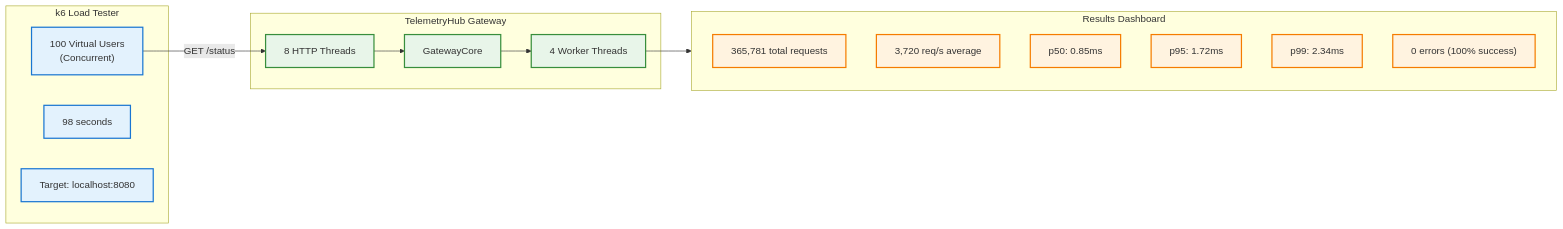
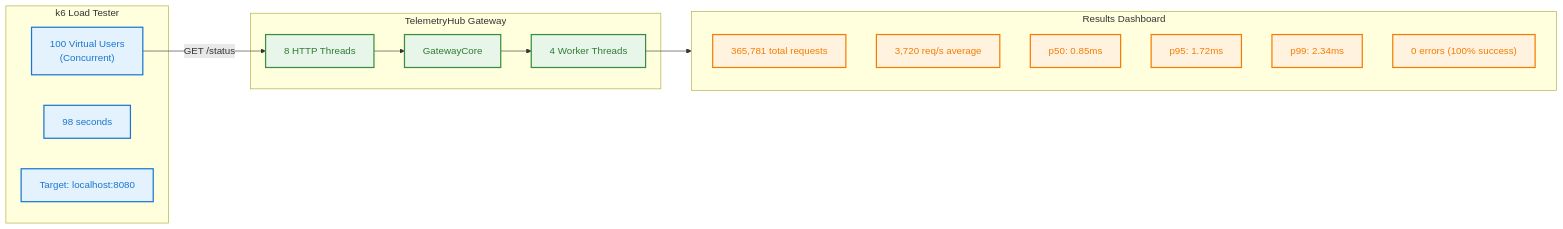
Before and after one commit to amareshkumar/telemetryhub: the ninth of 10 diagrams in docs/MULTITHREADING_ARCHITECTURE_DIAGRAM.md, drawn with Mermaid. The commit also changed other lines of this file and 7 other files, not shown here.

````diff
--- a/docs/MULTITHREADING_ARCHITECTURE_DIAGRAM.md
+++ b/docs/MULTITHREADING_ARCHITECTURE_DIAGRAM.md
@@ -502,36 +502,36 @@
 ```mermaid
 flowchart LR
     subgraph K6["k6 Load Tester"]
         VU["100 Virtual Users<br/>(Concurrent)"]
         Duration["98 seconds"]
         Target["Target: localhost:8080"]
     end
     
     subgraph Gateway["TelemetryHub Gateway"]
         HTTP["8 HTTP Threads"]
         Core["GatewayCore"]
         Pool["4 Worker Threads"]
     end
     
     subgraph Metrics["Results Dashboard"]
         Req["365,781 total requests"]
         RPS["3,720 req/s average"]
         P50["p50: 0.85ms"]
         P95["p95: 1.72ms"]
         P99["p99: 2.34ms"]
         Err["0 errors (100% success)"]
     end
     
     VU -->|"GET /status"| HTTP
     HTTP --> Core
     Core --> Pool
     Pool --> Metrics
     
-    classDef k6Style fill:#e3f2fd,stroke:#1976d2,stroke-width:2px
-    classDef gatewayStyle fill:#e8f5e9,stroke:#388e3c,stroke-width:2px
-    classDef metricsStyle fill:#fff3e0,stroke:#f57c00,stroke-width:2px
+    classDef k6Style fill:#e3f2fd,stroke:#1976d2,stroke-width:2px,color:#1976d2
+    classDef gatewayStyle fill:#e8f5e9,stroke:#388e3c,stroke-width:2px,color:#2e7d32
+    classDef metricsStyle fill:#fff3e0,stroke:#f57c00,stroke-width:2px,color:#f57c00
     
     class VU,Duration,Target k6Style
     class HTTP,Core,Pool gatewayStyle
     class Req,RPS,P50,P95,P99,Err metricsStyle
 ```
````
